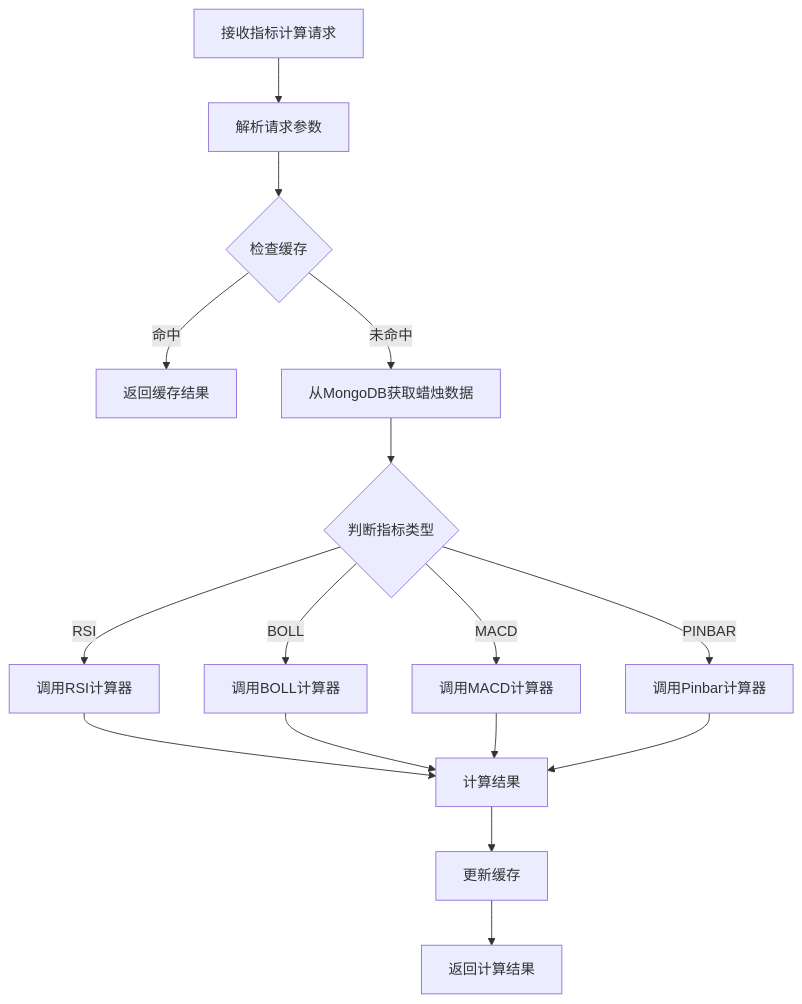
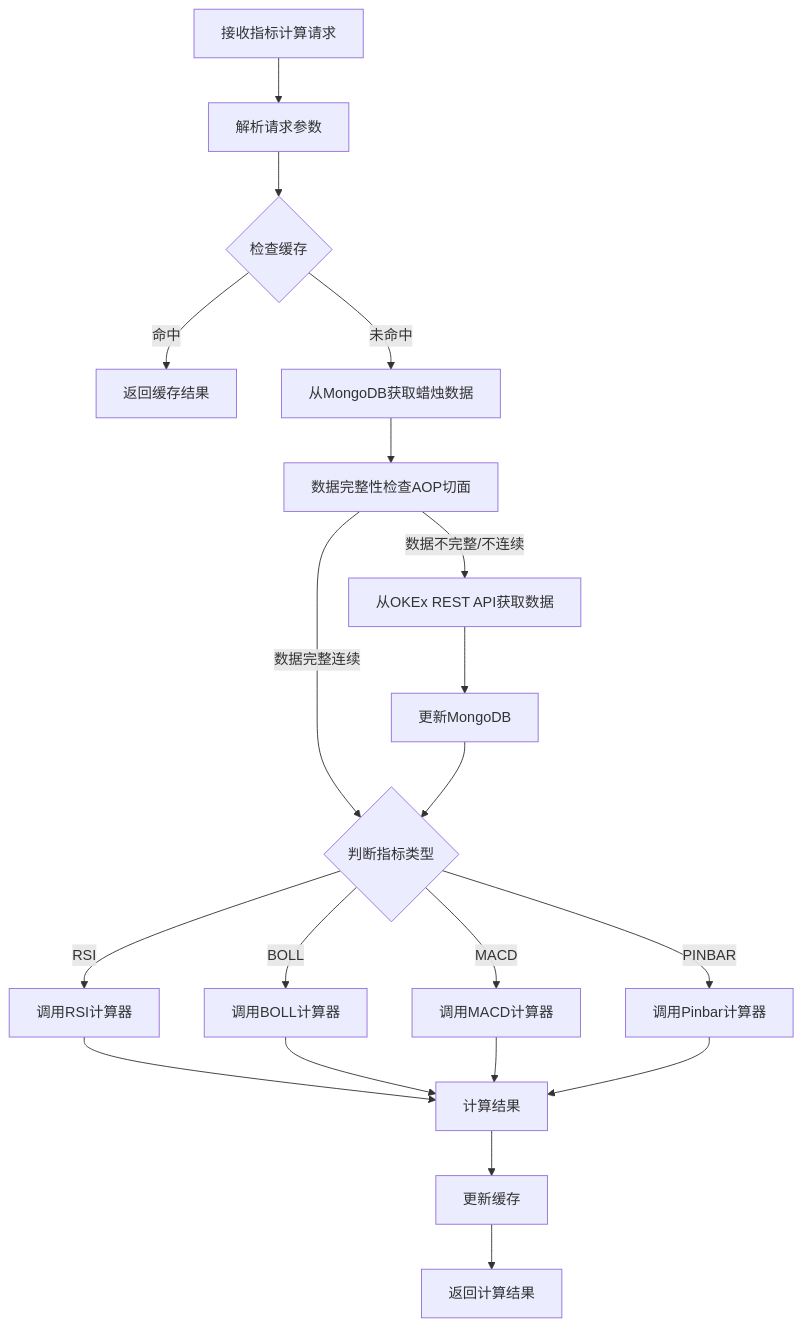
Before and after one commit to bidepideyipi/okex-trans5: the first of 8 diagrams in doc/ARCHITECTURE.md, drawn with Mermaid. The commit also changed other lines of this file, not shown here.

````diff
--- a/doc/ARCHITECTURE.md
+++ b/doc/ARCHITECTURE.md
@@ -433,18 +433,22 @@
 ```mermaid
 flowchart TD
     A[接收指标计算请求] --> B[解析请求参数]
     B --> C{检查缓存}
     C -->|命中| D[返回缓存结果]
     C -->|未命中| E[从MongoDB获取蜡烛数据]
-    E --> F{判断指标类型}
-    F -->|RSI| G[调用RSI计算器]
-    F -->|BOLL| H[调用BOLL计算器]
-    F -->|MACD| I[调用MACD计算器]
-    F -->|PINBAR| J[调用Pinbar计算器]
-    G --> K[计算结果]
-    H --> K
-    I --> K
-    J --> K
-    K --> L[更新缓存]
-    L --> M[返回计算结果]
+    E --> F[数据完整性检查AOP切面]
+    F -->|数据完整连续| G{判断指标类型}
+    F -->|数据不完整/不连续| H[从OKEx REST API获取数据]
+    H --> I[更新MongoDB]
+    I --> G
+    G -->|RSI| J[调用RSI计算器]
+    G -->|BOLL| K[调用BOLL计算器]
+    G -->|MACD| L[调用MACD计算器]
+    G -->|PINBAR| M[调用Pinbar计算器]
+    J --> N[计算结果]
+    K --> N
+    L --> N
+    M --> N
+    N --> O[更新缓存]
+    O --> P[返回计算结果]
 ```
````
